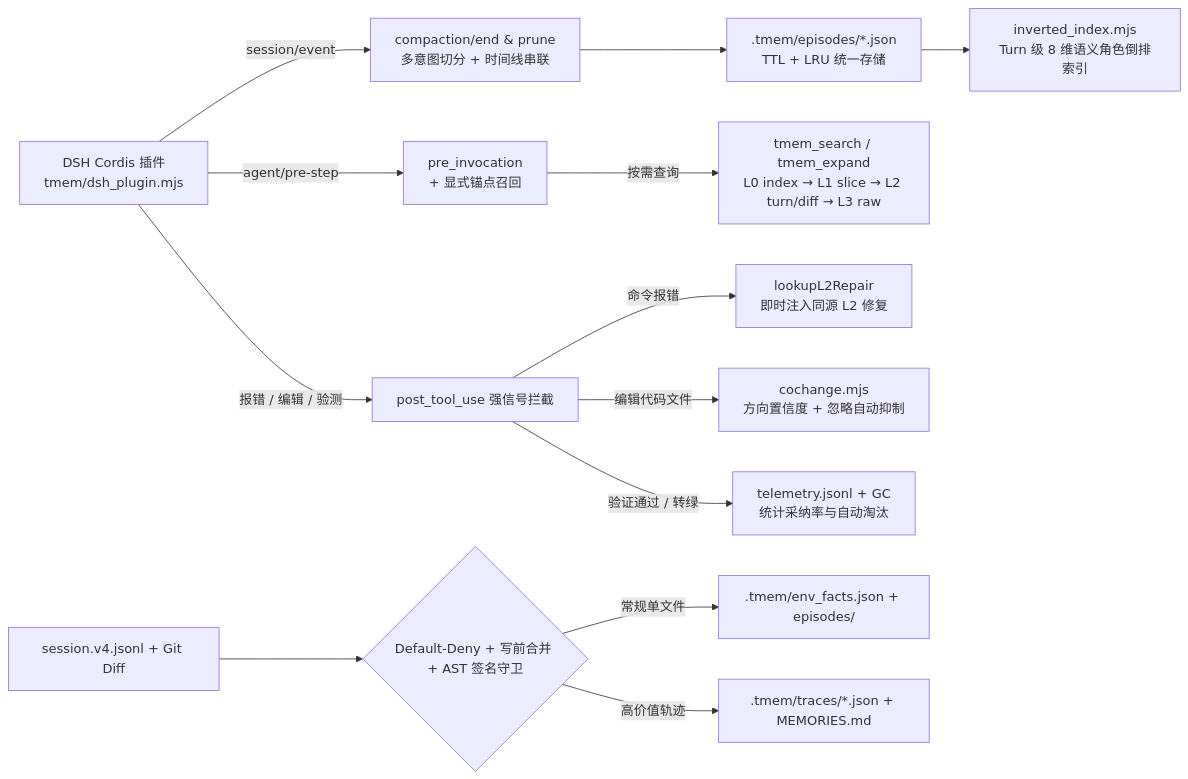
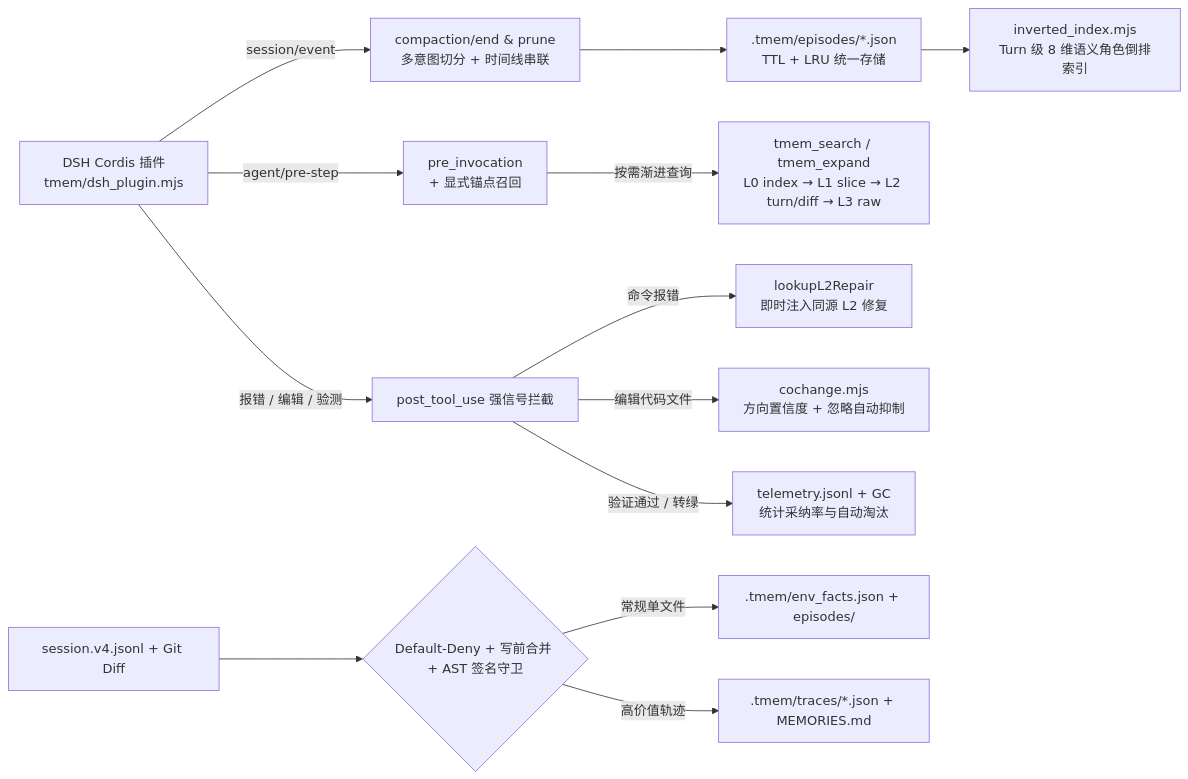
The diagram in README.md (kentzjh-cmd/tmem), drawn with Mermaid before and after one commit. The commit also changed other lines of this file and 1 other file, not shown here.

````diff
--- a/README.md
+++ b/README.md
@@ -66,15 +57,15 @@
 ```mermaid
 flowchart LR
     DSH["DSH Cordis 插件<br/>tmem/dsh_plugin.mjs"] -->|"session/event"| Cmp["compaction/end & prune<br/>多意图切分 + 时间线串联"]
     Cmp --> Eps[".tmem/episodes/*.json<br/>TTL + LRU 统一存储"]
     Eps --> Inv["inverted_index.mjs<br/>Turn 级 8 维语义角色倒排索引"]
     DSH -->|"agent/pre-step"| Pre["pre_invocation<br/><tmem_compacted_index> + 显式锚点召回"]
-    Pre -->|"按需查询"| Tools["tmem_search / tmem_expand<br/>L0 index → L1 slice → L2 turn/diff → L3 raw"]
+    Pre -->|"按需渐进查询"| Tools["tmem_search / tmem_expand<br/>L0 index → L1 slice → L2 turn/diff → L3 raw"]
     DSH -->|"报错 / 编辑 / 验测"| Post["post_tool_use 强信号拦截"]
     Post -->|"命令报错"| L2["lookupL2Repair<br/>即时注入同源 L2 修复"]
     Post -->|"编辑代码文件"| L1["cochange.mjs<br/>方向置信度 + 忽略自动抑制"]
     Post -->|"验证通过 / 转绿"| Tel["telemetry.jsonl + GC<br/>统计采纳率与自动淘汰"]
     Log["session.v4.jsonl + Git Diff"] --> Gate{"Default-Deny + 写前合并 + AST 签名守卫"}
     Gate -->|"常规单文件"| Env[".tmem/env_facts.json + episodes/"]
     Gate -->|"高价值轨迹"| Traces[".tmem/traces/*.json + MEMORIES.md"]
 ```
````
